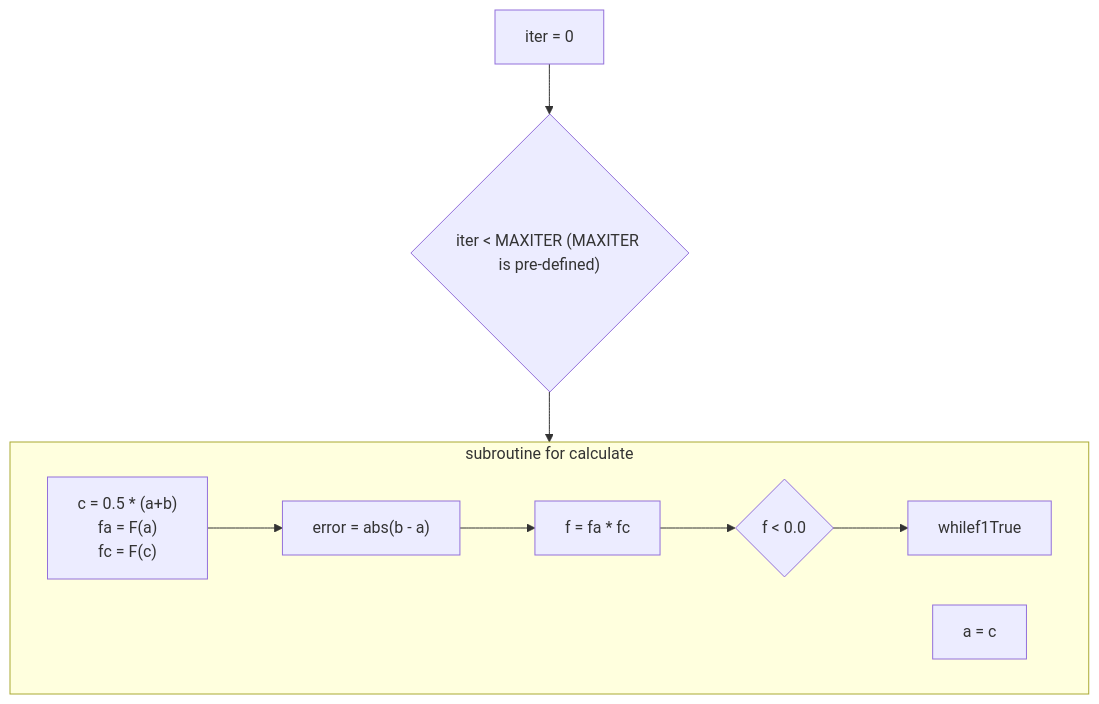
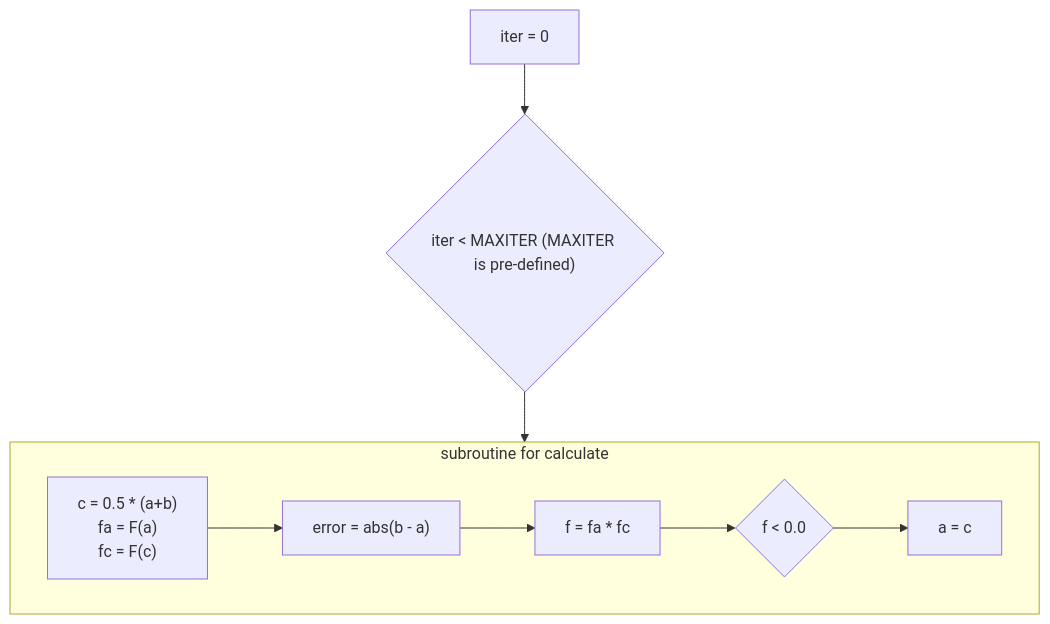
One commit to jsk0910/numerical_analysis changed the diagram in Non-linear Equations/README.md. Above: the diagram before and after it, drawn with Mermaid.

````diff
--- a/Non-linear Equations/README.md
+++ b/Non-linear Equations/README.md
@@ -26,12 +26,12 @@
 ```mermaid
 flowchart TD;
     A["iter = 0"] --> whileif
     whileif{"iter < MAXITER (MAXITER is pre-defined)"} --> while
     subgraph while ["subroutine for calculate"]
     whileB["c = 0.5 * (a+b)\n fa = F(a)\n fc = F(c)"] --> whileE
     whileE["error = abs(b - a)"] --> whileF
     whileF["f = fa * fc"] --> whileIf1
-    whileIf1{"f < 0.0"} --> whilef1True
+    whileIf1{"f < 0.0"} --> whileIf1True
     whileIf1True["a = c"]
     end
 ```
````
